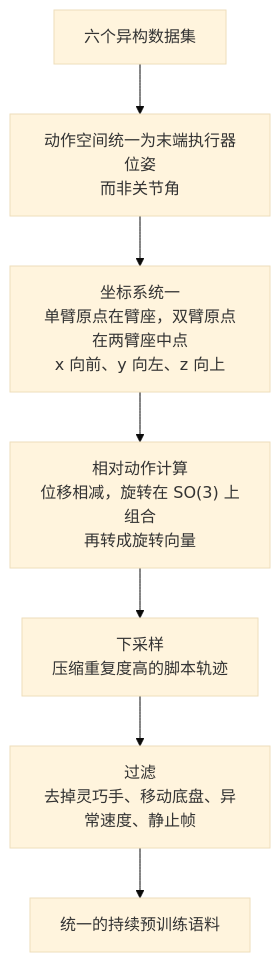
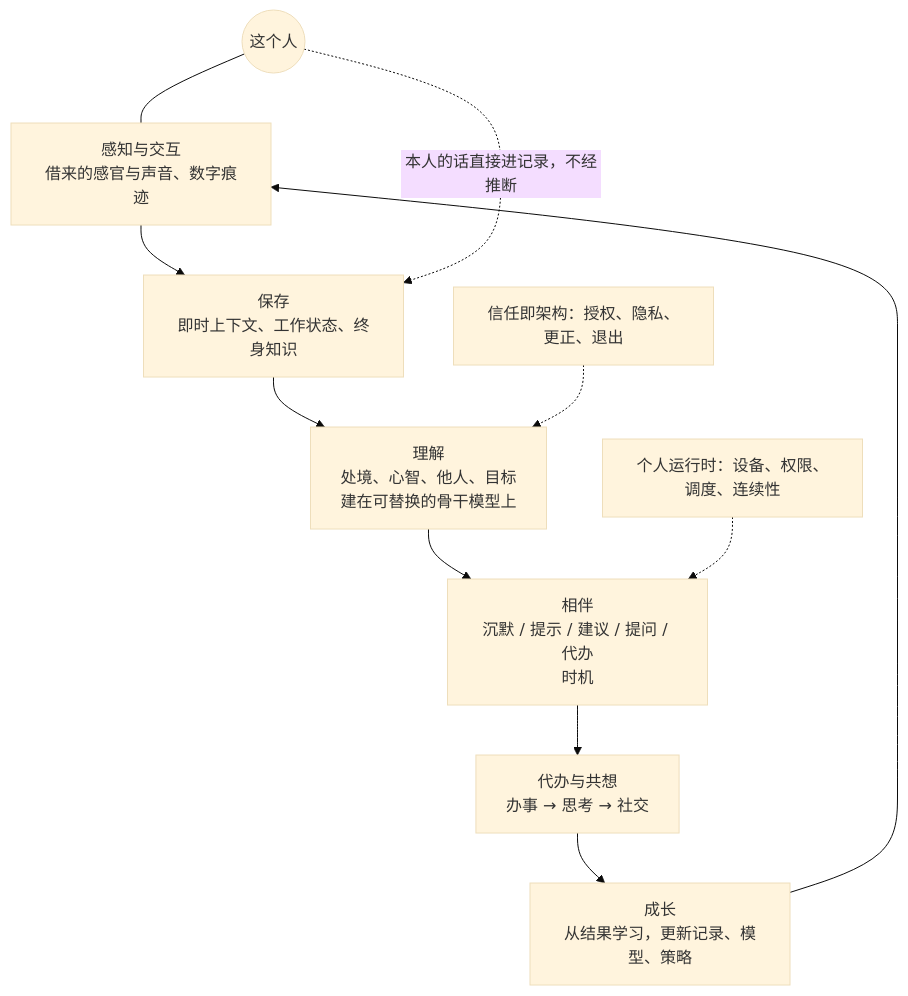
One commit to yingwang/paper-reads changed the second of 6 diagrams in docs/index.md. Above: the diagram before and after it, drawn with Mermaid (base theme). The commit also changed other lines of this file and 2 other files, not shown here.

````diff
--- a/docs/index.md
+++ b/docs/index.md
@@ -199,9 +133,14 @@
 ```mermaid
 flowchart TD
-    A["六个异构数据集"] --> B["动作空间统一为末端执行器位姿<br/>而非关节角"]
-    B --> C["坐标系统一<br/>单臂原点在臂座，双臂原点在两臂座中点<br/>x 向前、y 向左、z 向上"]
-    C --> D["相对动作计算<br/>位移相减，旋转在 SO(3) 上组合<br/>再转成旋转向量"]
-    D --> E["下采样<br/>压缩重复度高的脚本轨迹"]
-    E --> F["过滤<br/>去掉灵巧手、移动底盘、异常速度、静止帧"]
-    F --> G["统一的持续预训练语料"]
+    H(("这个人"))
+    S1["感知与交互<br/>借来的感官与声音、数字痕迹"] --> S2["保存<br/>即时上下文、工作状态、终身知识"]
+    S2 --> S3["理解<br/>处境、心智、他人、目标<br/>建在可替换的骨干模型上"]
+    S3 --> S4["相伴<br/>沉默 / 提示 / 建议 / 提问 / 代办<br/>时机"]
+    S4 --> S5["代办与共想<br/>办事 → 思考 → 社交"]
+    S5 --> S6["成长<br/>从结果学习，更新记录、模型、策略"]
+    S6 --> S1
+    H --- S1
+    H -. "本人的话直接进记录，不经推断" .-> S2
+    RT["个人运行时：设备、权限、调度、连续性"] -.-> S4
+    TR["信任即架构：授权、隐私、更正、退出"] -.-> S3
 ```
````
